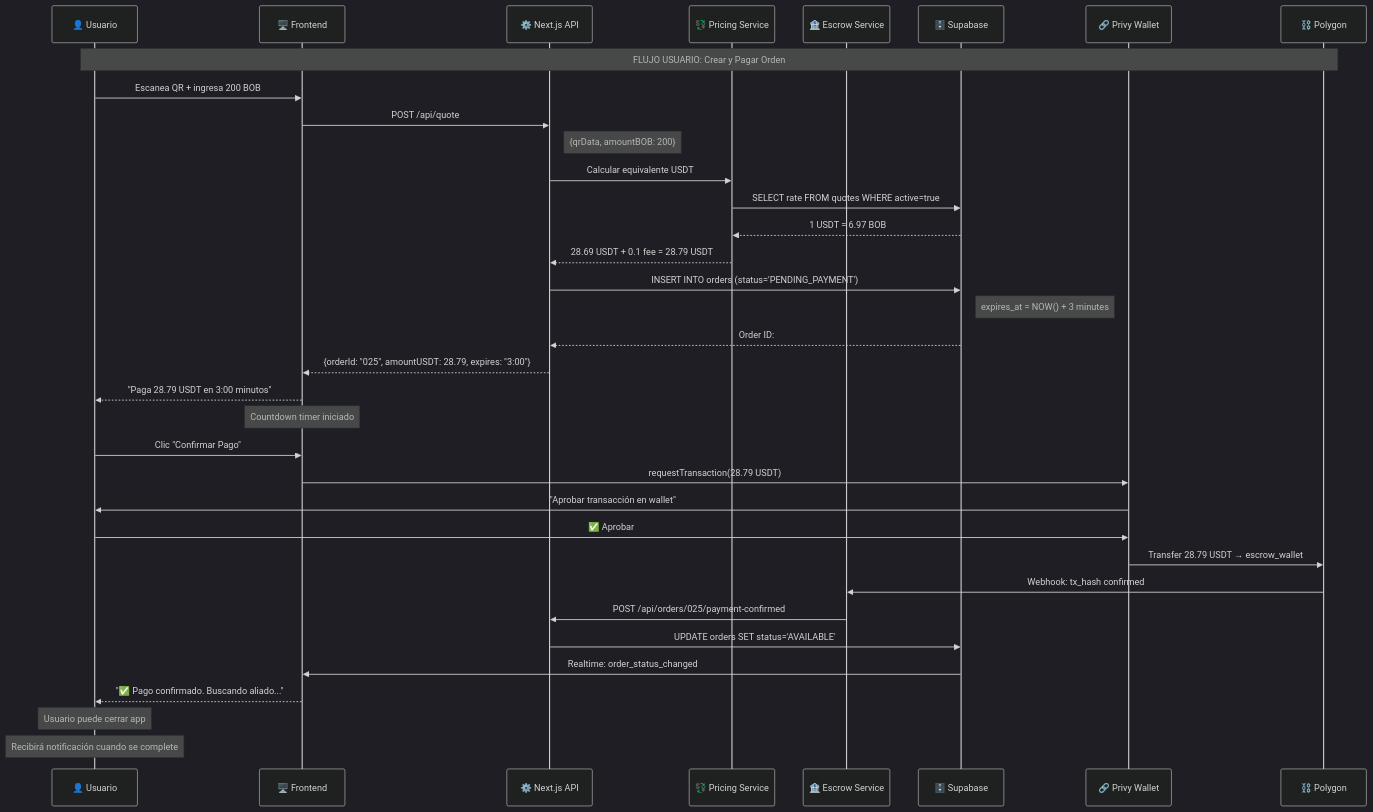
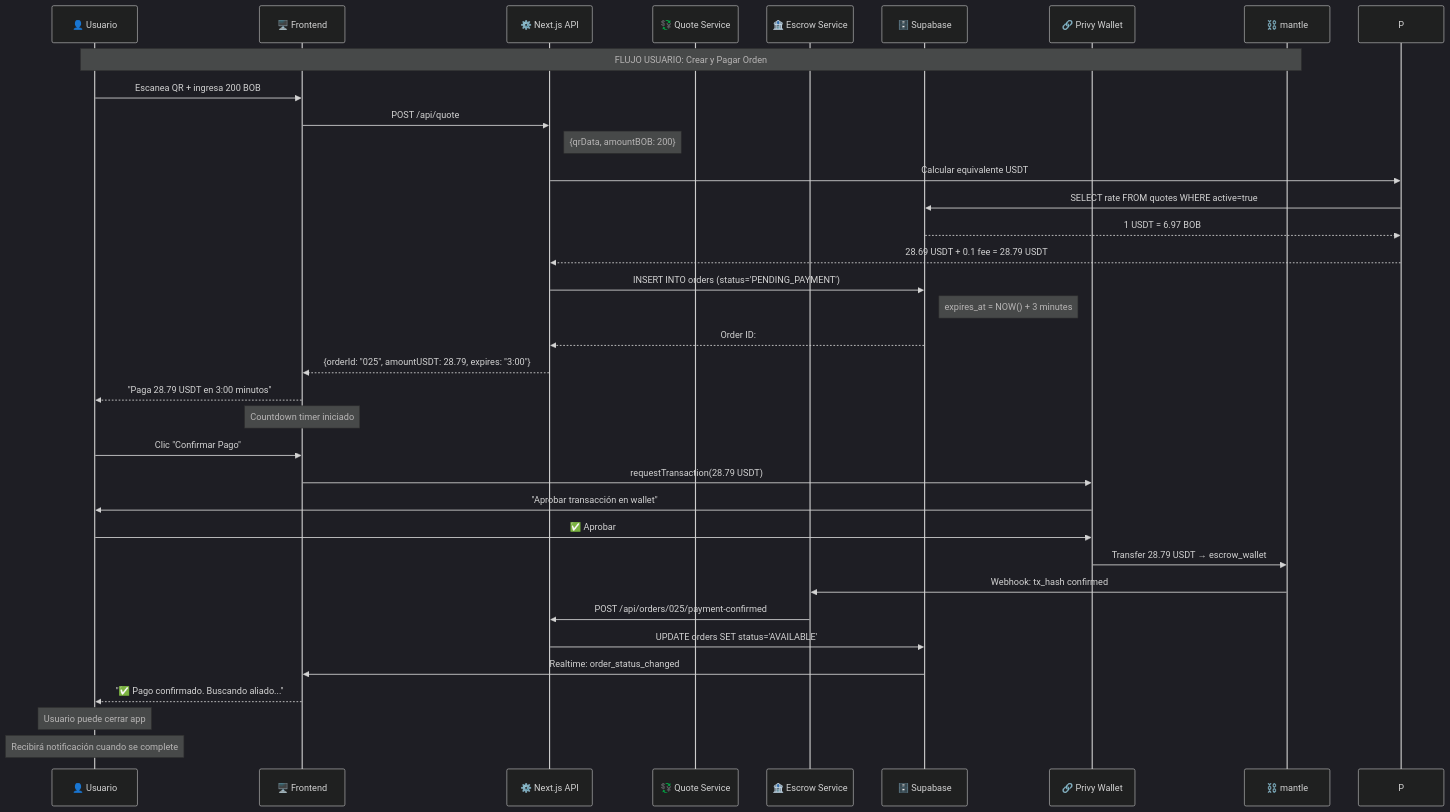
One commit to kibo-project/Kibo-Wiki changed the second of 8 diagrams in 02-estados-y-flujos.md. Above: the diagram before and after it, drawn with Mermaid (dark theme). The commit also changed other lines of this file and 6 other files, not shown here.

````diff
--- a/02-estados-y-flujos.md
+++ b/02-estados-y-flujos.md
@@ -139,45 +139,45 @@
 ```mermaid
 sequenceDiagram
     participant U as 👤 Usuario
     participant F as 🖥️ Frontend
     participant API as ⚙️ Next.js API
-    participant P as 💱 Pricing Service
+    participant Q as 💱 Quote Service
     participant E as 🏦 Escrow Service
     participant DB as 🗄️ Supabase
     participant W as 🔗 Privy Wallet
-    participant BC as ⛓️ Polygon
+    participant BC as ⛓️ mantle
 
     Note over U,BC: FLUJO USUARIO: Crear y Pagar Orden
 
     U->>F: Escanea QR + ingresa 200 BOB
     F->>API: POST /api/quote
     Note right of API: {qrData, amountBOB: 200}
     
     API->>P: Calcular equivalente USDT
     P->>DB: SELECT rate FROM quotes WHERE active=true
     DB-->>P: 1 USDT = 6.97 BOB
     P-->>API: 28.69 USDT + 0.1 fee = 28.79 USDT
     
     API->>DB: INSERT INTO orders (status='PENDING_PAYMENT')
     Note right of DB: expires_at = NOW() + 3 minutes
     DB-->>API: Order ID: #025
     
     API-->>F: {orderId: "025", amountUSDT: 28.79, expires: "3:00"}
     F-->>U: "Paga 28.79 USDT en 3:00 minutos"
     
     Note over F: Countdown timer iniciado
     U->>F: Clic "Confirmar Pago"
     F->>W: requestTransaction(28.79 USDT)
     W->>U: "Aprobar transacción en wallet"
     U->>W: ✅ Aprobar
     W->>BC: Transfer 28.79 USDT → escrow_wallet
     
     BC->>E: Webhook: tx_hash confirmed
     E->>API: POST /api/orders/025/payment-confirmed
     API->>DB: UPDATE orders SET status='AVAILABLE'
     DB->>F: Realtime: order_status_changed
     F-->>U: "✅ Pago confirmado. Buscando aliado..."
     
     Note over U: Usuario puede cerrar app
     Note over U: Recibirá notificación cuando se complete
 ```
````
